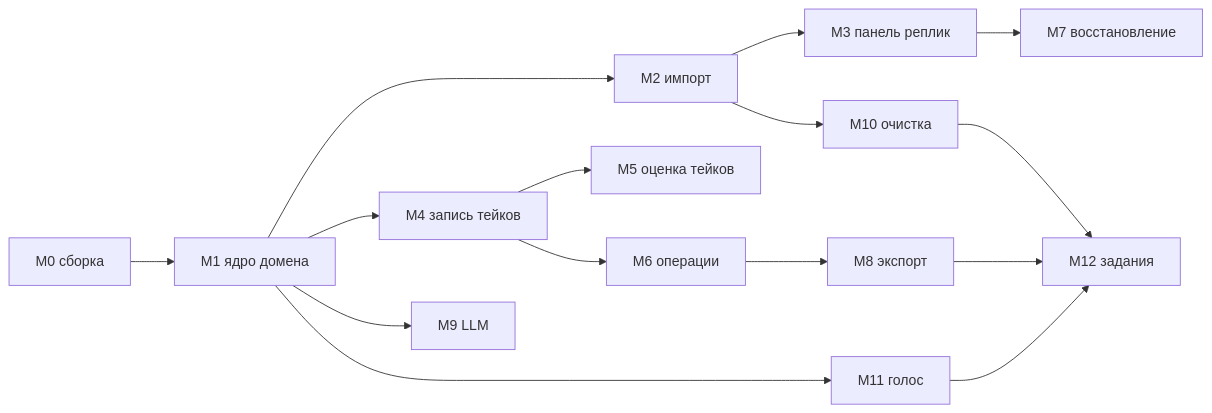
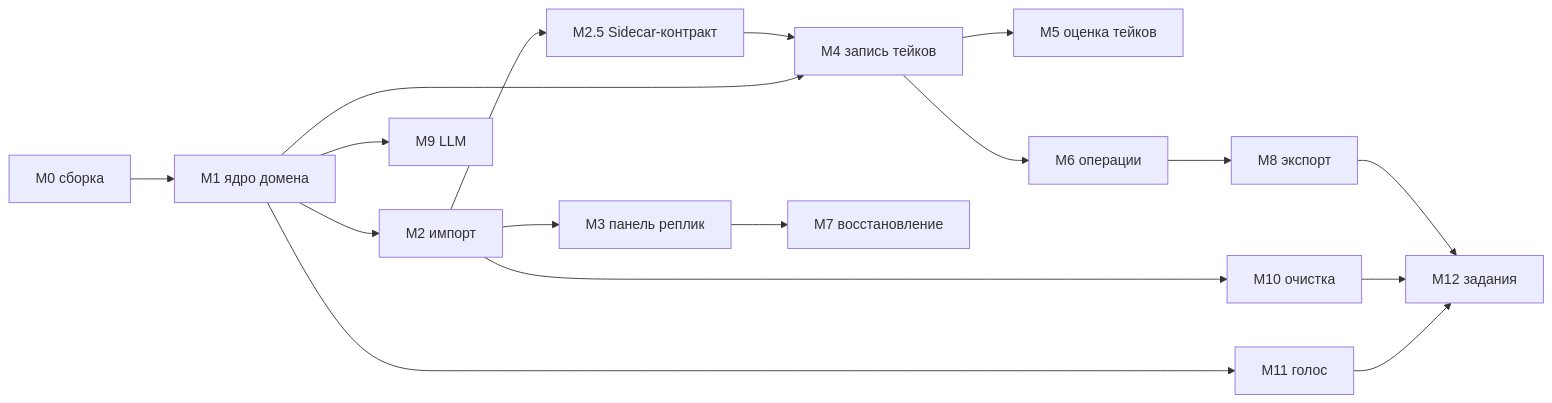
One commit to Lemmur/ac4-fork changed the diagram in docs/plans/roadmap.md. Above: the diagram before and after it, drawn with Mermaid. The commit also changed other lines of this file and 2 other files, not shown here.

First line of the commit message:
docs(plans): Sidecar-контракт дубляжа (вариант B, решение заказчика) — architecture §16/§17, roadmap M2.5 + WORK-зона M4

````diff
--- a/docs/plans/roadmap.md
+++ b/docs/plans/roadmap.md
@@ -21,17 +21,19 @@
 ```mermaid
 flowchart LR
     M0["M0 сборка"] --> M1["M1 ядро домена"]
     M1 --> M2["M2 импорт"]
     M2 --> M3["M3 панель реплик"]
-    M1 --> M4["M4 запись тейков"]
+    M2 --> M25["M2.5 Sidecar-контракт"]
+    M25 --> M4["M4 запись тейков"]
+    M1 --> M4
     M4 --> M5["M5 оценка тейков"]
     M4 --> M6["M6 операции"]
     M3 --> M7["M7 восстановление"]
     M6 --> M8["M8 экспорт"]
     M1 --> M9["M9 LLM"]
     M2 --> M10["M10 очистка"]
     M1 --> M11["M11 голос"]
     M8 --> M12["M12 задания"]
     M10 --> M12
     M11 --> M12
 ```
````
